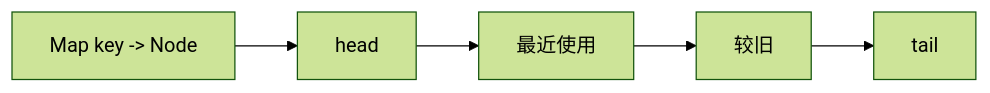
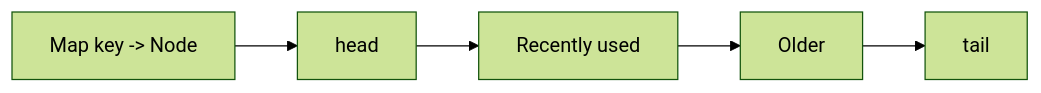
One commit to HONGLEI111/hhlblog-global changed the first of 2 diagrams in src/content/technology/design.md. Above: the diagram before and after it, drawn with Mermaid (forest theme). The commit also changed other lines of this file and 33 other files, not shown here.

First line of the commit message:
content(code): 翻译 mermaid 图节点标签（34 文件 / 267 处）

````diff
--- a/src/content/technology/design.md
+++ b/src/content/technology/design.md
@@ -38,7 +38,7 @@
 ```mermaid
 graph LR
     M[Map key -> Node] --> A[head]
-    A --> B[最近使用]
-    B --> C[较旧]
+    A --> B[Recently used]
+    B --> C[Older]
     C --> D[tail]
 ```
````
